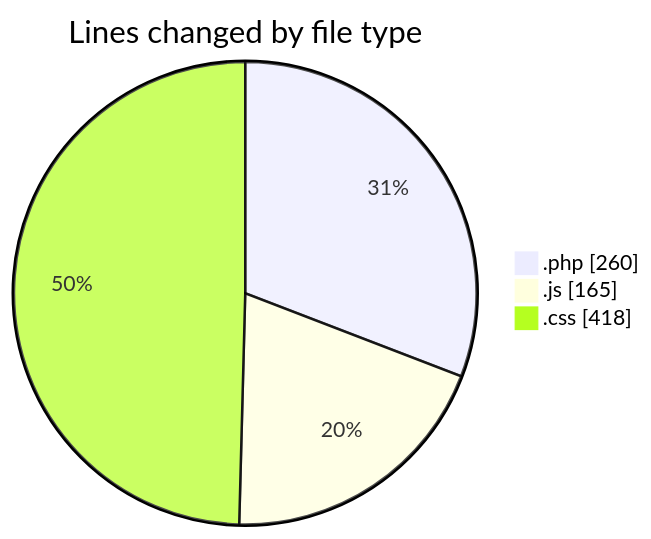
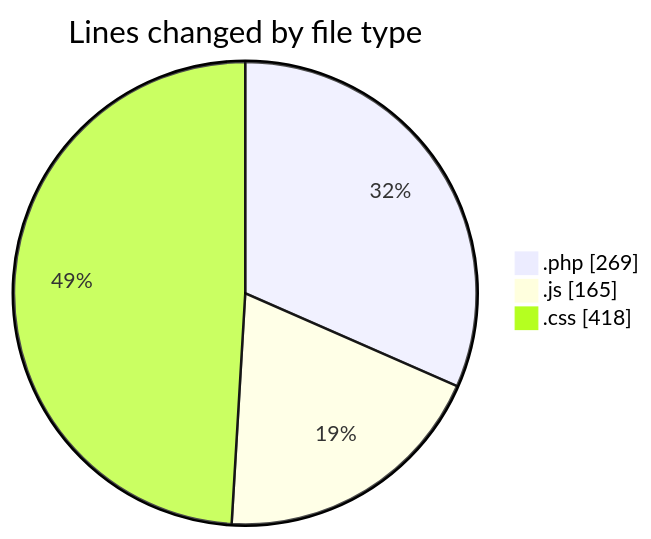
The first of 2 diagrams in 2025-04-11/web/README.md (LanceThiago/code-tracking), drawn with Mermaid before and after one commit. The commit also changed other lines of this file and 1 other file, not shown here.

````diff
--- a/2025-04-11/web/README.md
+++ b/2025-04-11/web/README.md
@@ -22,7 +22,7 @@
 ```mermaid
 pie showData
 title Lines changed by file type
-".php" : 260
+".php" : 269
 ".js" : 165
 ".css" : 418
 ```
````
